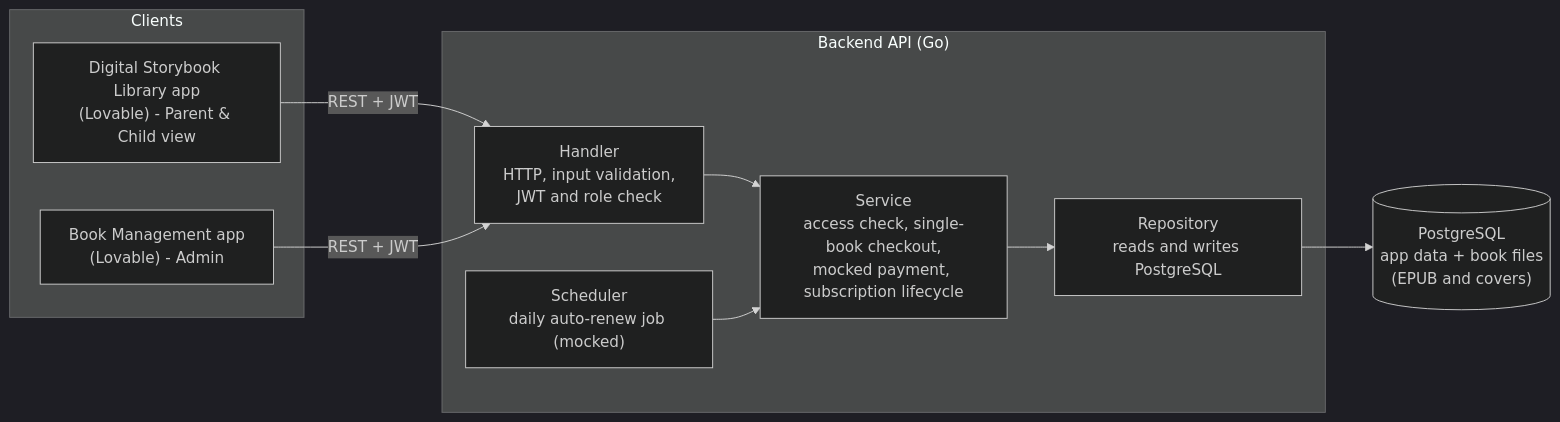
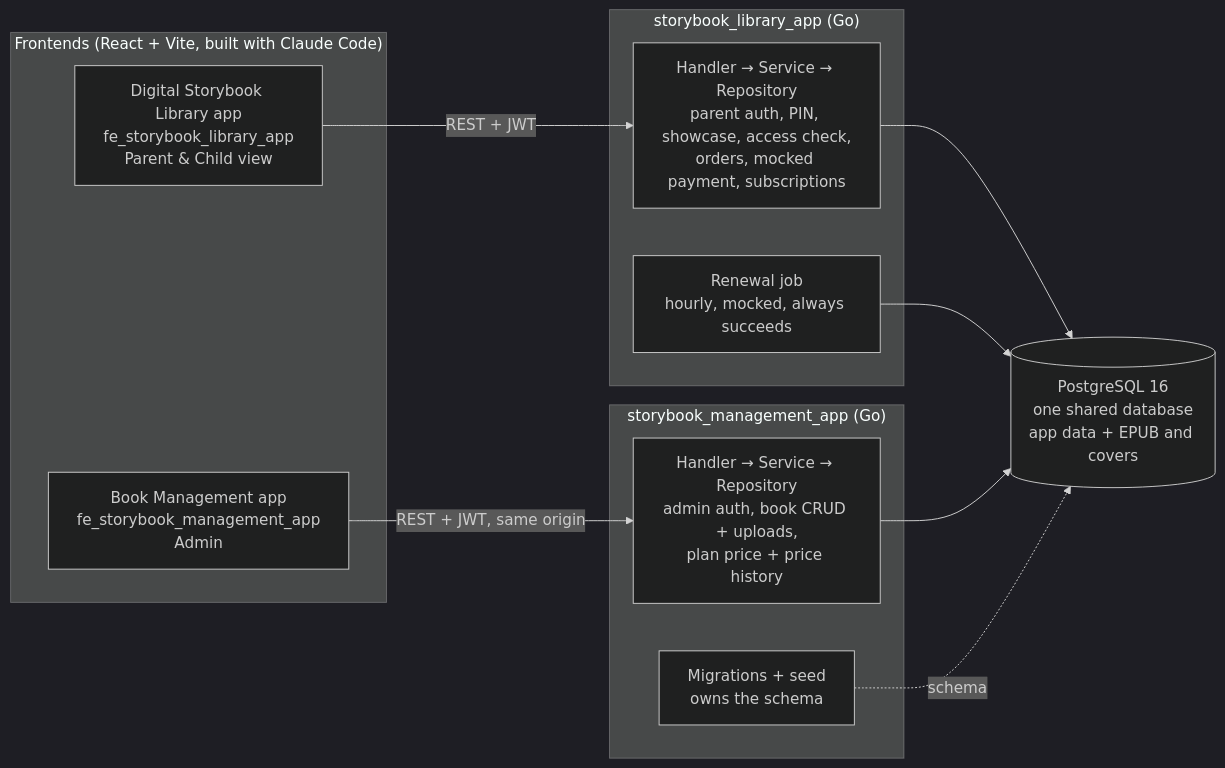
One commit to carolineealdora/fe_storybook_library_app changed the seventh of 8 diagrams in docs/PRD_storybook-lib-app.md. Above: the diagram before and after it, drawn with Mermaid (dark theme). The commit also changed other lines of this file, not shown here.

First line of the commit message:
docs: sync PRD with the backends (as-built architecture, AI usage log)

````diff
--- a/docs/PRD_storybook-lib-app.md
+++ b/docs/PRD_storybook-lib-app.md
@@ -497,19 +500,22 @@
 ```mermaid
 flowchart LR
-    subgraph Clients
-        L["Digital Storybook Library app<br/>(Lovable) - Parent & Child view"]
-        M["Book Management app<br/>(Lovable) - Admin"]
+    subgraph Clients["Frontends (React + Vite, built with Claude Code)"]
+        L["Digital Storybook Library app<br/>fe_storybook_library_app<br/>Parent & Child view"]
+        M["Book Management app<br/>fe_storybook_management_app<br/>Admin"]
     end
-    subgraph API["Backend API (Go)"]
-        H["Handler<br/>HTTP, input validation,<br/>JWT and role check"]
-        S["Service<br/>access check, single-book checkout,<br/>mocked payment, subscription lifecycle"]
-        R["Repository<br/>reads and writes PostgreSQL"]
-        J["Scheduler<br/>daily auto-renew job (mocked)"]
-        H --> S --> R
-        J --> S
+    subgraph LA["storybook_library_app (Go)"]
+        LH["Handler → Service → Repository<br/>parent auth, PIN, showcase, access check,<br/>orders, mocked payment, subscriptions"]
+        LJ["Renewal job<br/>hourly, mocked, always succeeds"]
     end
-    DB[("PostgreSQL<br/>app data + book files<br/>(EPUB and covers)")]
-    L -->|REST + JWT| H
-    M -->|REST + JWT| H
-    R --> DB
+    subgraph MA["storybook_management_app (Go)"]
+        MH["Handler → Service → Repository<br/>admin auth, book CRUD + uploads,<br/>plan price + price history"]
+        MM["Migrations + seed<br/>owns the schema"]
+    end
+    DB[("PostgreSQL 16<br/>one shared database<br/>app data + EPUB and covers")]
+    L -->|REST + JWT| LH
+    M -->|REST + JWT, same origin| MH
+    LH --> DB
+    LJ --> DB
+    MH --> DB
+    MM -.->|schema| DB
 ```
````
